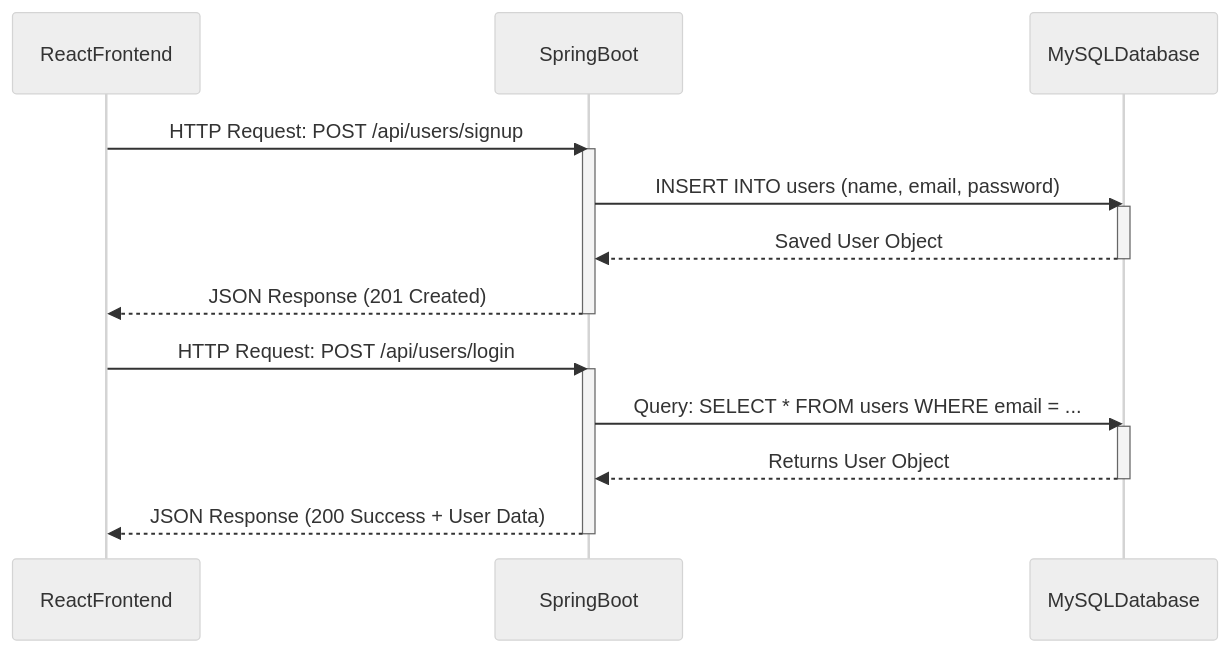
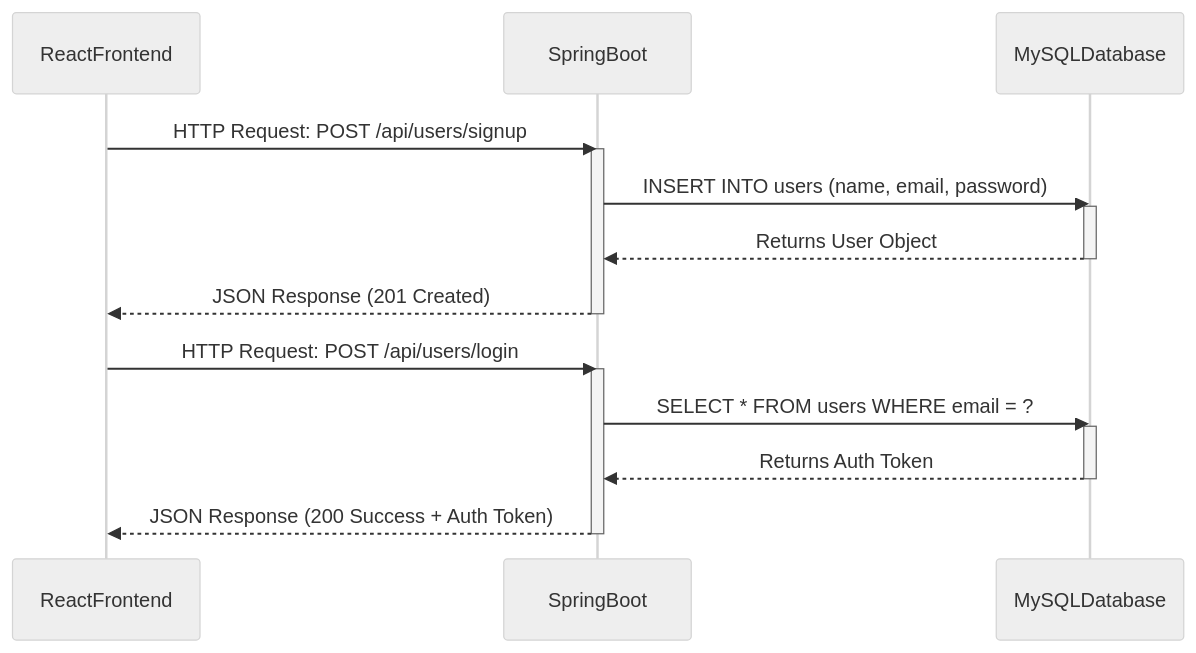
The fourth of 6 diagrams in README.md (nolanmartzke/Stock-Market-Simulator), drawn with Mermaid (neutral theme) before and after one commit. The commit also changed other lines of this file, not shown here.

````diff
--- a/README.md
+++ b/README.md
@@ -133,31 +133,31 @@
 ```mermaid
 sequenceDiagram
 
 participant ReactFrontend
 participant SpringBoot
 participant MySQLDatabase
 
 ReactFrontend ->> SpringBoot: HTTP Request: POST /api/users/signup
 activate SpringBoot
 
 SpringBoot ->> MySQLDatabase: INSERT INTO users (name, email, password)
 activate MySQLDatabase
 
-MySQLDatabase -->> SpringBoot: Saved User Object
+MySQLDatabase -->> SpringBoot: Returns User Object
 deactivate MySQLDatabase
 
 SpringBoot -->> ReactFrontend: JSON Response (201 Created)
 deactivate SpringBoot
 
 ReactFrontend ->> SpringBoot: HTTP Request: POST /api/users/login
 activate SpringBoot
 
-SpringBoot ->> MySQLDatabase: Query: SELECT * FROM users WHERE email = ...
+SpringBoot ->> MySQLDatabase: SELECT * FROM users WHERE email = ?
 activate MySQLDatabase
 
-MySQLDatabase -->> SpringBoot: Returns User Object
+MySQLDatabase -->> SpringBoot: Returns Auth Token
 deactivate MySQLDatabase
 
-SpringBoot -->> ReactFrontend: JSON Response (200 Success + User Data)
+SpringBoot -->> ReactFrontend: JSON Response (200 Success + Auth Token)
 deactivate SpringBoot
 ```
````
